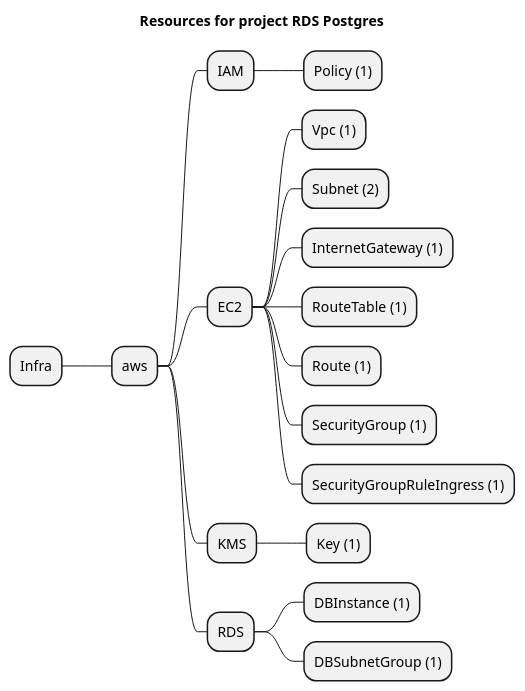
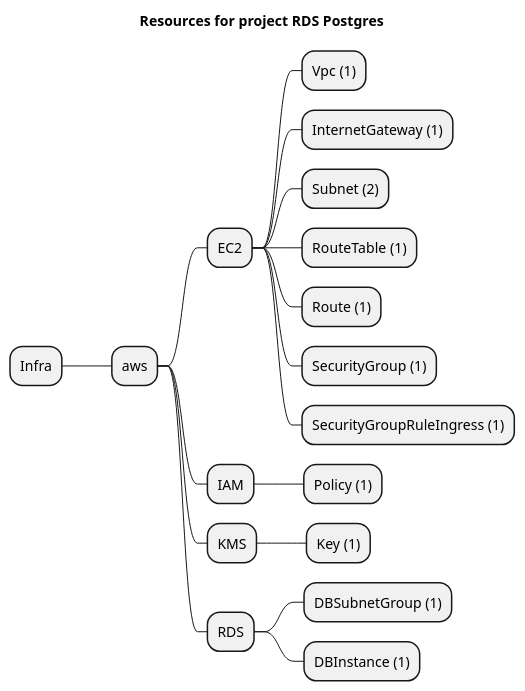
Before and after one commit to grucloud/grucloud: the diagram in examples/aws/rds/postgres/artifacts/resources-mindmap.puml, drawn with PlantUML. The commit also changed other lines of this file and 135 other files, not shown here.

```diff
--- a/examples/aws/rds/postgres/artifacts/resources-mindmap.puml
+++ b/examples/aws/rds/postgres/artifacts/resources-mindmap.puml
@@ -1,21 +1,21 @@
 @startmindmap
 title Resources for project RDS Postgres
 skinparam monochrome true
 + Infra
 ++ aws
-+++ IAM
-++++ Policy (1)
 +++ EC2
 ++++ Vpc (1)
+++++ InternetGateway (1)
 ++++ Subnet (2)
-++++ InternetGateway (1)
 ++++ RouteTable (1)
 ++++ Route (1)
 ++++ SecurityGroup (1)
 ++++ SecurityGroupRuleIngress (1)
++++ IAM
+++++ Policy (1)
 +++ KMS
 ++++ Key (1)
 +++ RDS
+++++ DBSubnetGroup (1)
 ++++ DBInstance (1)
-++++ DBSubnetGroup (1)
 @endmindmap
```
